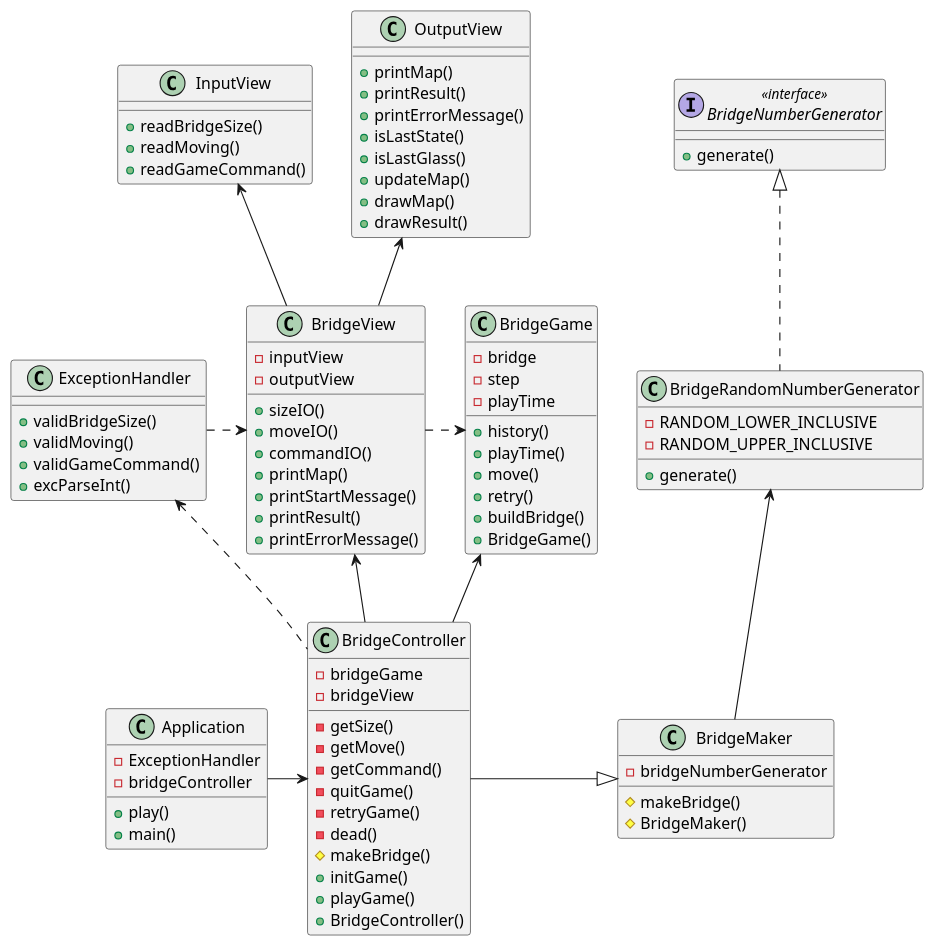
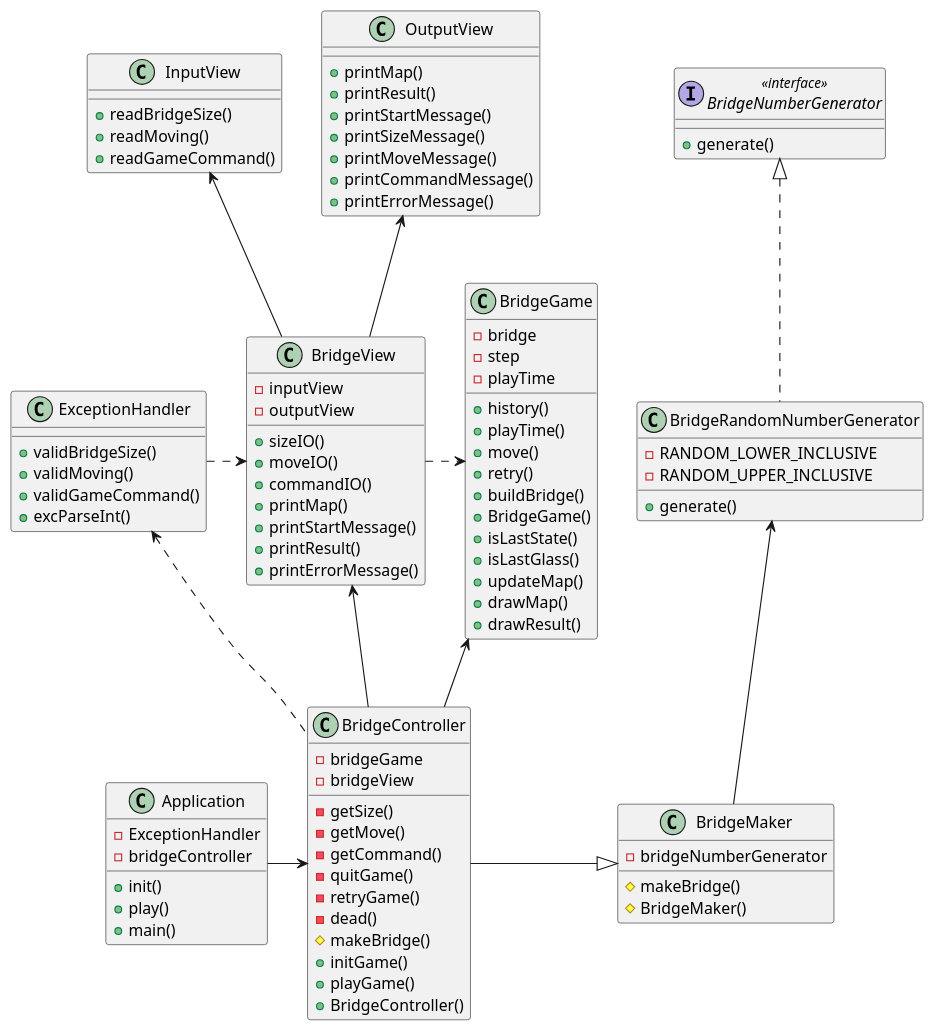
The diagram in docs/bridgeUML.puml (woowacourse-precourse/java-bridge), drawn with PlantUML before and after one commit. The commit also changed 2 other files, not shown here.

Commit message:
docs(main/java/bridge/docs): 기능 문서 및 클래스 다이어그램 수정
OutputView.java에서 출력값을 만드는 methods를 BridgeGame.java로 이동

```diff
--- a/docs/bridgeUML.puml
+++ b/docs/bridgeUML.puml
@@ -1,121 +1,126 @@
 @startuml
 
 class ExceptionHandler
 class BridgeGame
 class BridgeController
 class BridgeMaker
 class BridgeNumberGenerator
 class BridgeRandomNumberGenerator
 class InputView
 class OutputView
 class Application
 
 
 BridgeController -up-> BridgeGame
 
 BridgeController -up-> BridgeView
 BridgeController -right-|> BridgeMaker
 
 
 BridgeView -up-> OutputView
 BridgeView -up-> InputView
 
 BridgeRandomNumberGenerator .up.|> BridgeNumberGenerator
 BridgeMaker -up-> BridgeRandomNumberGenerator
 
 Application -right-> BridgeController
 ExceptionHandler .right.> BridgeView
 BridgeController .up.> ExceptionHandler
 BridgeView .right.> BridgeGame
 
 
 class Application{
     - ExceptionHandler
     - bridgeController
+    + init()
     + play()
     + main()
 }
 
 class BridgeGame{
     - bridge
     - step
     - playTime
     + history()
     + playTime()
     + move()
     + retry()
     + buildBridge()
     + BridgeGame()
+    + isLastState()
+    + isLastGlass()
+    + updateMap()
+    + drawMap()
+    + drawResult()
 }
 
 class BridgeController{
     - bridgeGame
     - bridgeView
 
     - getSize()
     - getMove()
     - getCommand()
     - quitGame()
     - retryGame()
     - dead()
     # makeBridge()
     + initGame()
     + playGame()
     + BridgeController()
 }
 
 class BridgeMaker{
     - bridgeNumberGenerator
     # makeBridge()
     # BridgeMaker()
 }
 
 interface BridgeNumberGenerator <<interface>>{
     + generate()
 }
 
 class BridgeRandomNumberGenerator{
     - RANDOM_LOWER_INCLUSIVE
     - RANDOM_UPPER_INCLUSIVE
     + generate()
 }
 
 class BridgeView{
     - inputView
     - outputView
     + sizeIO()
     + moveIO()
     + commandIO()
     + printMap()
     + printStartMessage()
     + printResult()
     + printErrorMessage()
 }
 
 class InputView{
     + readBridgeSize()
     + readMoving()
     + readGameCommand()
 }
 
 class OutputView{
     + printMap()
     + printResult()
+    + printStartMessage()
+    + printSizeMessage()
+    + printMoveMessage()
+    + printCommandMessage()
     + printErrorMessage()
-    + isLastState()
-    + isLastGlass()
-    + updateMap()
-    + drawMap()
-    + drawResult()
 }
 
 class ExceptionHandler{
     + validBridgeSize()
     + validMoving()
     + validGameCommand()
     + excParseInt()
 }
 
 
 
 @enduml
```
